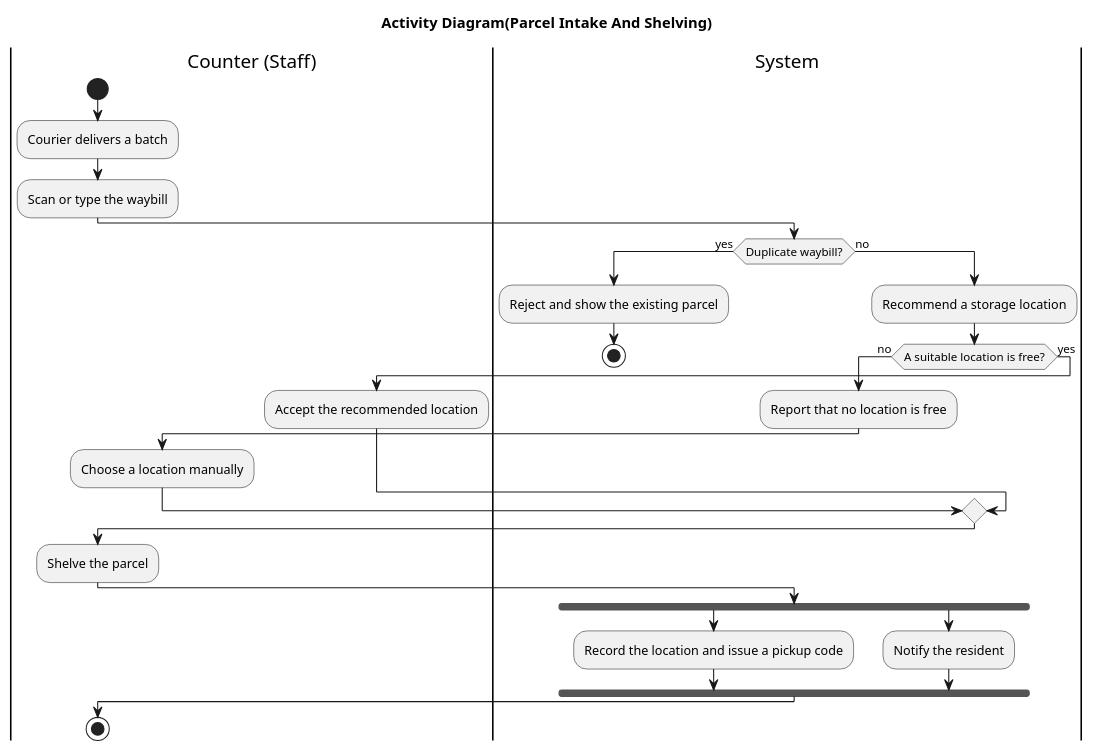
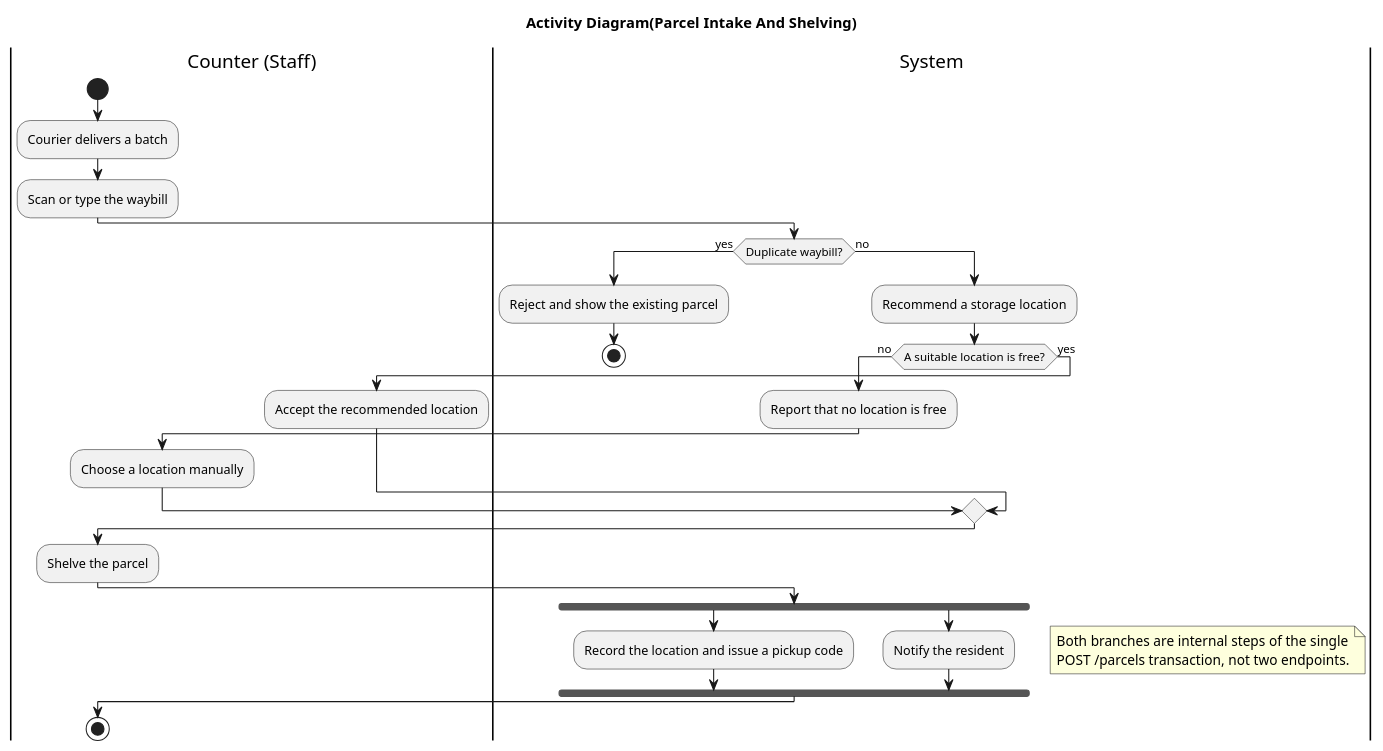
Before and after one commit to 123dvfj123/linyi-collection-point: the diagram in docs/02-design/uml/activity-parcel-intake.puml, drawn with PlantUML.

Commit message:
docs(design): explain the intake fork in the model itself [T-20-11]

```diff
--- a/docs/02-design/uml/activity-parcel-intake.puml
+++ b/docs/02-design/uml/activity-parcel-intake.puml
@@ -1,34 +1,38 @@
 @startuml activity-parcel-intake
 title Activity Diagram(Parcel Intake And Shelving)
 |Counter (Staff)|
 start
 :Courier delivers a batch;
 :Scan or type the waybill;
 |System|
 if (Duplicate waybill?) then (yes)
   :Reject and show the existing parcel;
   stop
 else (no)
   :Recommend a storage location;
   if (A suitable location is free?) then (no)
     :Report that no location is free;
     |Counter (Staff)|
     :Choose a location manually;
     |System|
   else (yes)
     |Counter (Staff)|
     :Accept the recommended location;
     |System|
   endif
 endif
 |Counter (Staff)|
 :Shelve the parcel;
 |System|
 fork
   :Record the location and issue a pickup code;
 fork again
   :Notify the resident;
 end fork
+note right
+  Both branches are internal steps of the single
+  POST /parcels transaction, not two endpoints.
+end note
 |Counter (Staff)|
 stop
 @enduml
```
